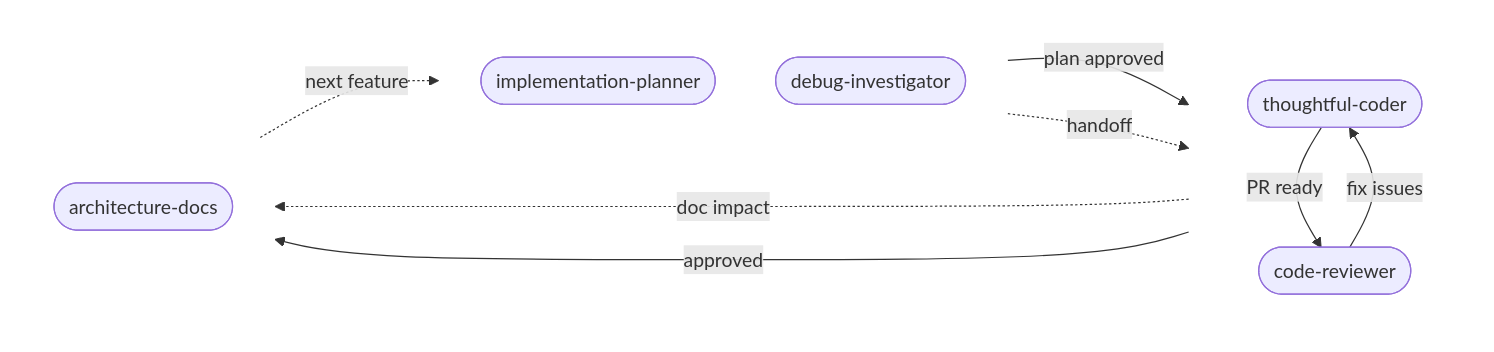
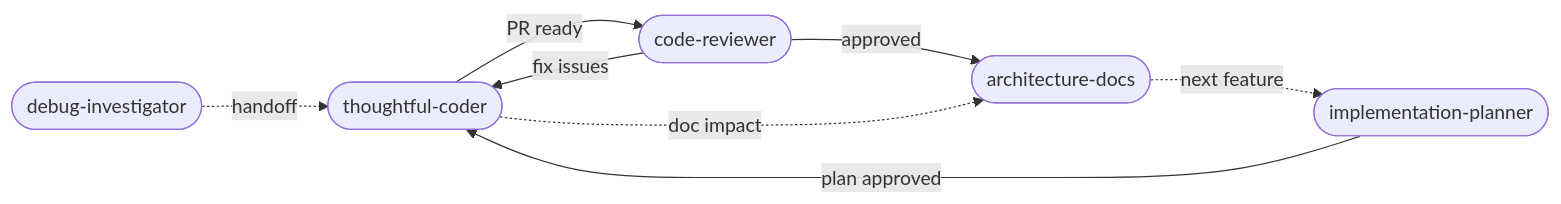
One commit to Flowerf19/agents-skills changed the diagram in README.md. Above: the diagram before and after it, drawn with Mermaid. The commit also changed other lines of this file and 7 other files, not shown here.

````diff
--- a/README.md
+++ b/README.md
@@ -85,31 +85,11 @@
 ```mermaid
 flowchart LR
-    subgraph col1[" "]
-        direction TB
-        IP([implementation-planner])
-        DI([debug-investigator])
-    end
-
-    subgraph col2[" "]
-        direction TB
-        TC([thoughtful-coder])
-        CR([code-reviewer])
-    end
-
-    subgraph col3[" "]
-        direction TB
-        AD([architecture-docs])
-    end
-
-    IP -->|plan approved| TC
-    DI -.->|handoff| TC
-    TC -->|PR ready| CR
+    %% giữ thứ tự khai báo này — DI trước IP thì layout không có cạnh cắt nhau
+    DI([debug-investigator]) -.->|handoff| TC([thoughtful-coder])
+    IP([implementation-planner]) -->|plan approved| TC
+    TC -->|PR ready| CR([code-reviewer])
     CR -->|fix issues| TC
+    CR -->|approved| AD([architecture-docs])
     TC -.->|doc impact| AD
-    CR -->|approved| AD
     AD -.->|next feature| IP
-
-    style col1 fill:none,stroke:none
-    style col2 fill:none,stroke:none
-    style col3 fill:none,stroke:none
 ```
````
